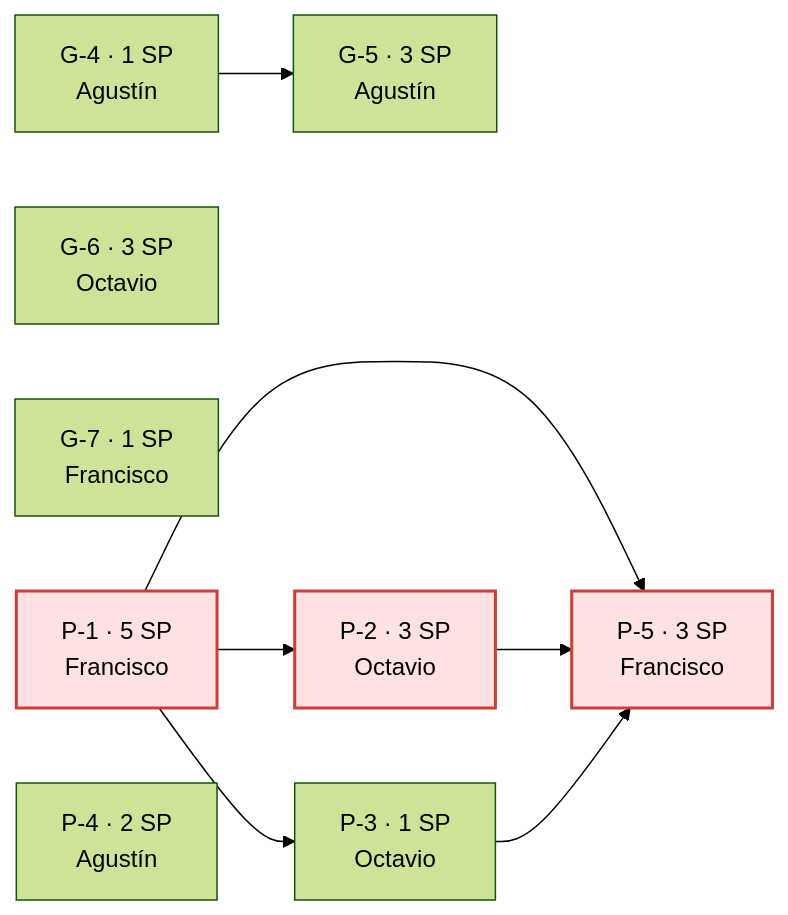
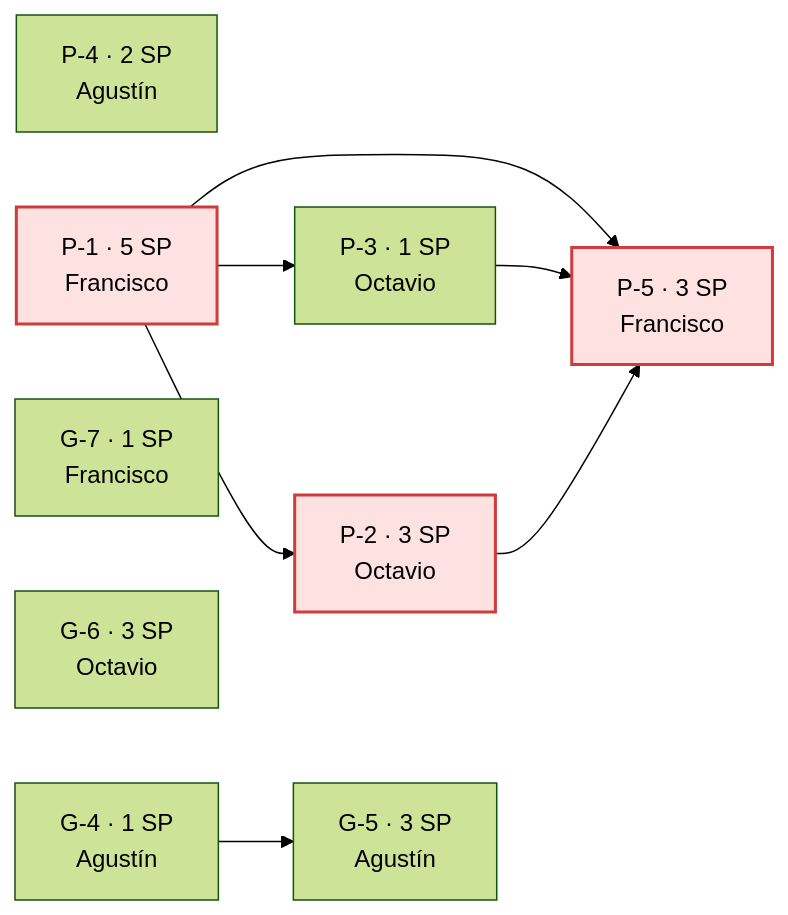
The diagram in reportes/semana-2026-47/brooks.md (ciscodominguez/coffe-app-gestion), drawn with Mermaid (forest theme) before and after one commit. The commit also changed other lines of this file and 6 other files, not shown here.

````diff
--- a/reportes/semana-2026-47/brooks.md
+++ b/reportes/semana-2026-47/brooks.md
@@ -34,20 +34,20 @@
 ```mermaid
 flowchart LR
+    P_5["P-5 · 3 SP<br/>Francisco"]
+    P_4["P-4 · 2 SP<br/>Agustín"]
+    P_3["P-3 · 1 SP<br/>Octavio"]
+    P_2["P-2 · 3 SP<br/>Octavio"]
+    P_1["P-1 · 5 SP<br/>Francisco"]
+    G_7["G-7 · 1 SP<br/>Francisco"]
+    G_6["G-6 · 3 SP<br/>Octavio"]
+    G_5["G-5 · 3 SP<br/>Agustín"]
     G_4["G-4 · 1 SP<br/>Agustín"]
-    G_5["G-5 · 3 SP<br/>Agustín"]
-    G_6["G-6 · 3 SP<br/>Octavio"]
-    G_7["G-7 · 1 SP<br/>Francisco"]
-    P_1["P-1 · 5 SP<br/>Francisco"]
-    P_2["P-2 · 3 SP<br/>Octavio"]
-    P_3["P-3 · 1 SP<br/>Octavio"]
-    P_4["P-4 · 2 SP<br/>Agustín"]
-    P_5["P-5 · 3 SP<br/>Francisco"]
-    G_4 --> G_5
-    P_1 --> P_2
-    P_1 --> P_3
     P_1 --> P_5
     P_2 --> P_5
     P_3 --> P_5
+    P_1 --> P_3
+    P_1 --> P_2
+    G_4 --> G_5
     classDef critica fill:#fde2e1,stroke:#d03b3b,stroke-width:2px
     class P_1,P_2,P_5 critica
 ```
````
